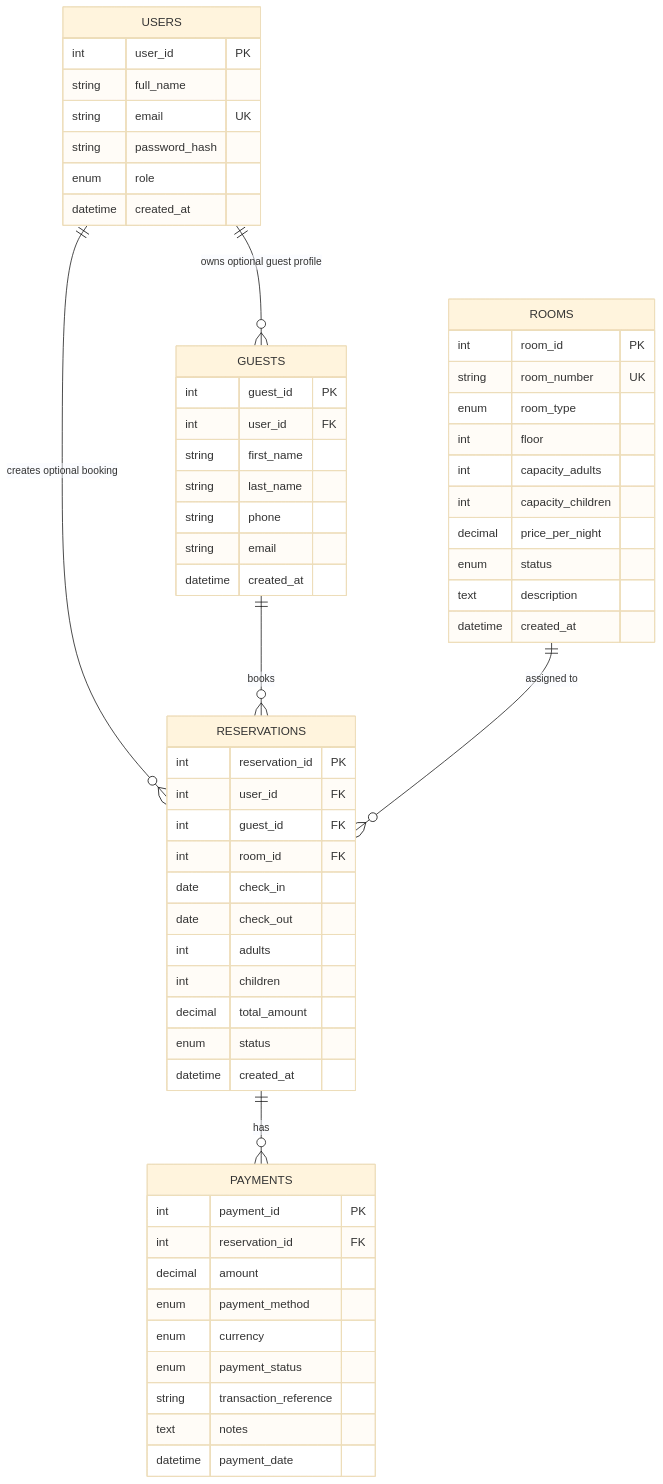
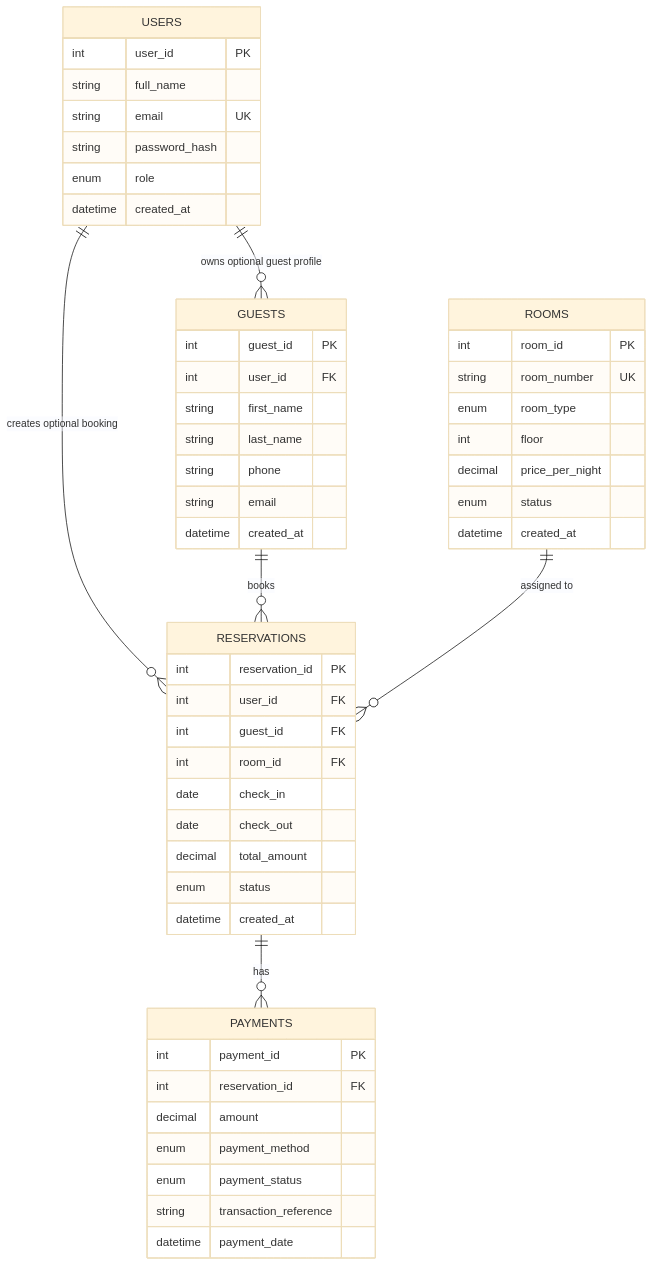
Before and after one commit to WizardOfXerox/Emperor-Hotel: the diagram in docs/database-erd.md, drawn with Mermaid (base theme). The commit also changed other lines of this file and 19 other files, not shown here.

````diff
--- a/docs/database-erd.md
+++ b/docs/database-erd.md
@@ -16,66 +16,59 @@
 ```mermaid
 erDiagram
     USERS ||--o{ GUESTS : "owns optional guest profile"
     USERS ||--o{ RESERVATIONS : "creates optional booking"
     GUESTS ||--o{ RESERVATIONS : "books"
     ROOMS ||--o{ RESERVATIONS : "assigned to"
     RESERVATIONS ||--o{ PAYMENTS : "has"
 
     USERS {
         int user_id PK
         string full_name
         string email UK
         string password_hash
         enum role
         datetime created_at
     }
 
     GUESTS {
         int guest_id PK
         int user_id FK
         string first_name
         string last_name
         string phone
         string email
         datetime created_at
     }
 
     ROOMS {
         int room_id PK
         string room_number UK
         enum room_type
         int floor
-        int capacity_adults
-        int capacity_children
         decimal price_per_night
         enum status
-        text description
         datetime created_at
     }
 
     RESERVATIONS {
         int reservation_id PK
         int user_id FK
         int guest_id FK
         int room_id FK
         date check_in
         date check_out
-        int adults
-        int children
         decimal total_amount
         enum status
         datetime created_at
     }
 
     PAYMENTS {
         int payment_id PK
         int reservation_id FK
         decimal amount
         enum payment_method
-        enum currency
         enum payment_status
         string transaction_reference
-        text notes
         datetime payment_date
     }
 ```
````
